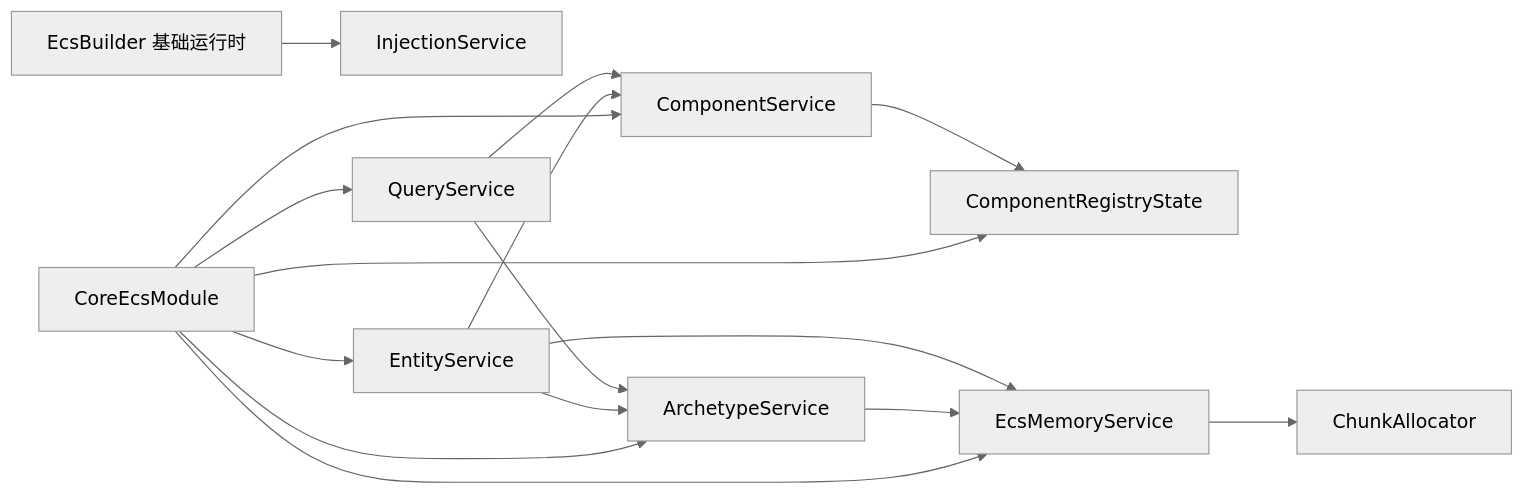
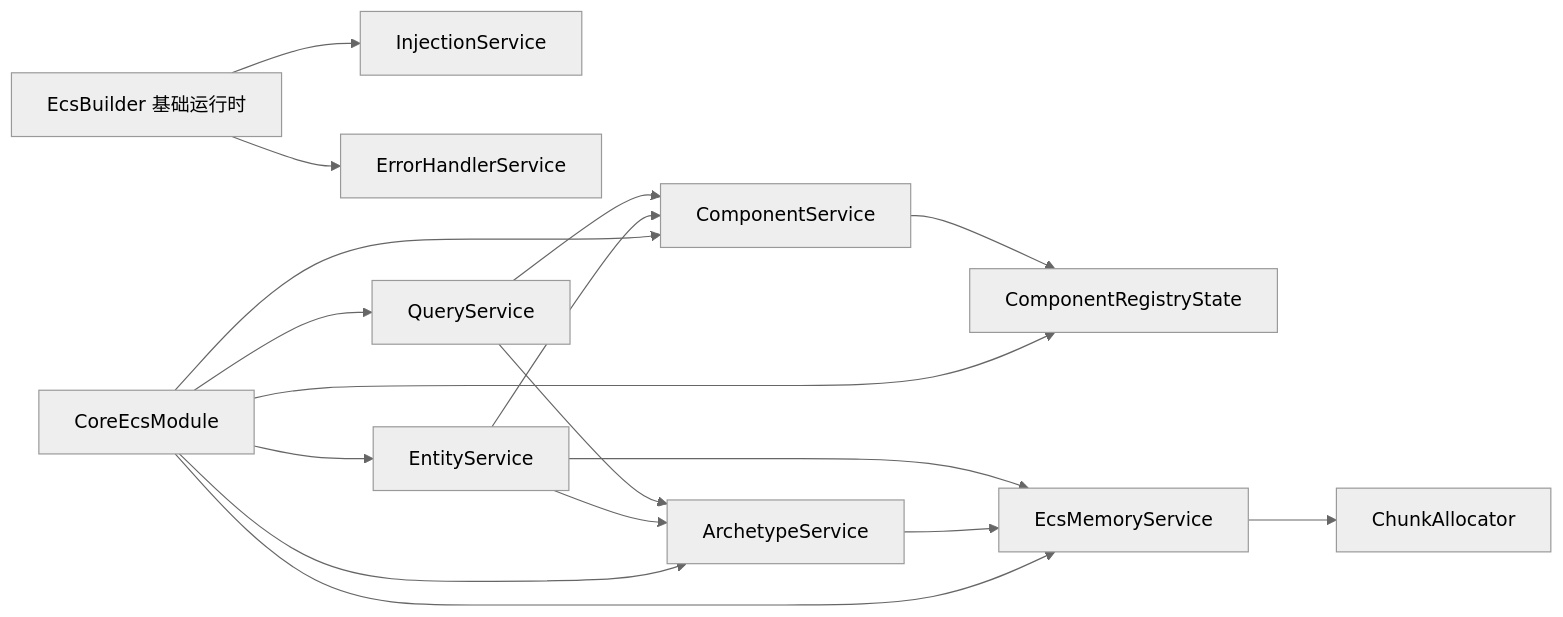
The third of 12 diagrams in docs/architecture.md (465089258/zero-ecs), drawn with Mermaid (neutral theme) before and after one commit. The commit also changed other lines of this file and 29 other files, not shown here.

````diff
--- a/docs/architecture.md
+++ b/docs/architecture.md
@@ -69,19 +69,20 @@
 ```mermaid
 flowchart LR
     Runtime["EcsBuilder 基础运行时"] --> Injection["InjectionService"]
+    Runtime --> Errors["ErrorHandlerService"]
     Core["CoreEcsModule"] --> RegistryState["ComponentRegistryState"]
     Core --> Memory["EcsMemoryService"]
     Core --> Components["ComponentService"]
     Core --> ArchetypeService["ArchetypeService"]
     Core --> EntityService["EntityService"]
     Core --> Queries["QueryService"]
 
     Components --> RegistryState
     Memory --> Allocator["ChunkAllocator"]
     ArchetypeService --> Memory
     EntityService --> Memory
     EntityService --> ArchetypeService
     EntityService --> Components
     Queries --> Components
     Queries --> ArchetypeService
 ```
````
